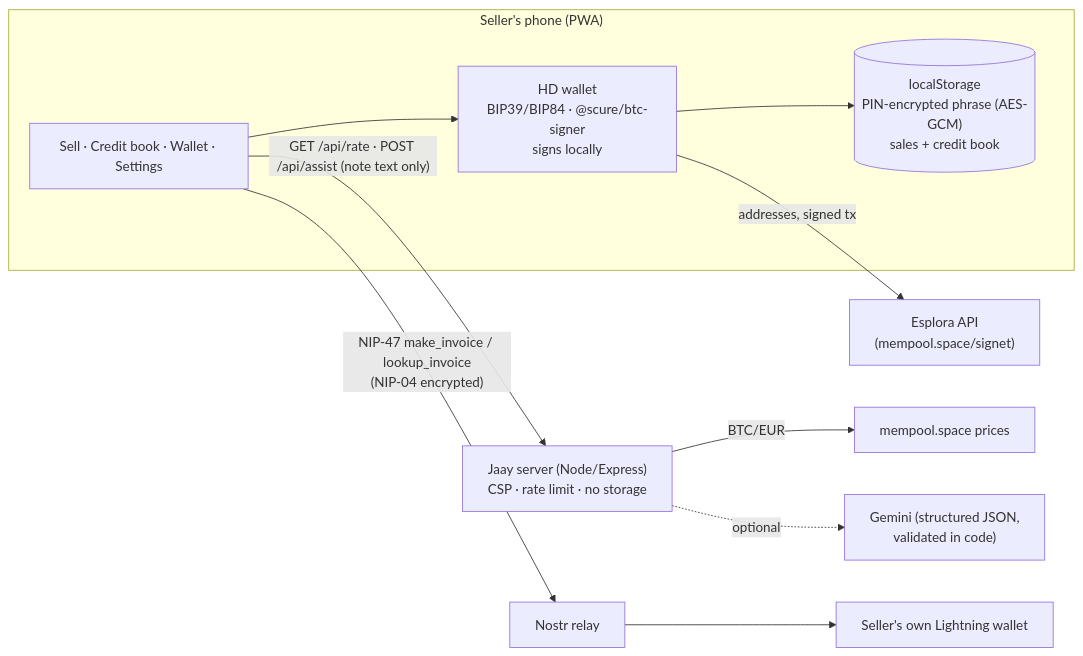
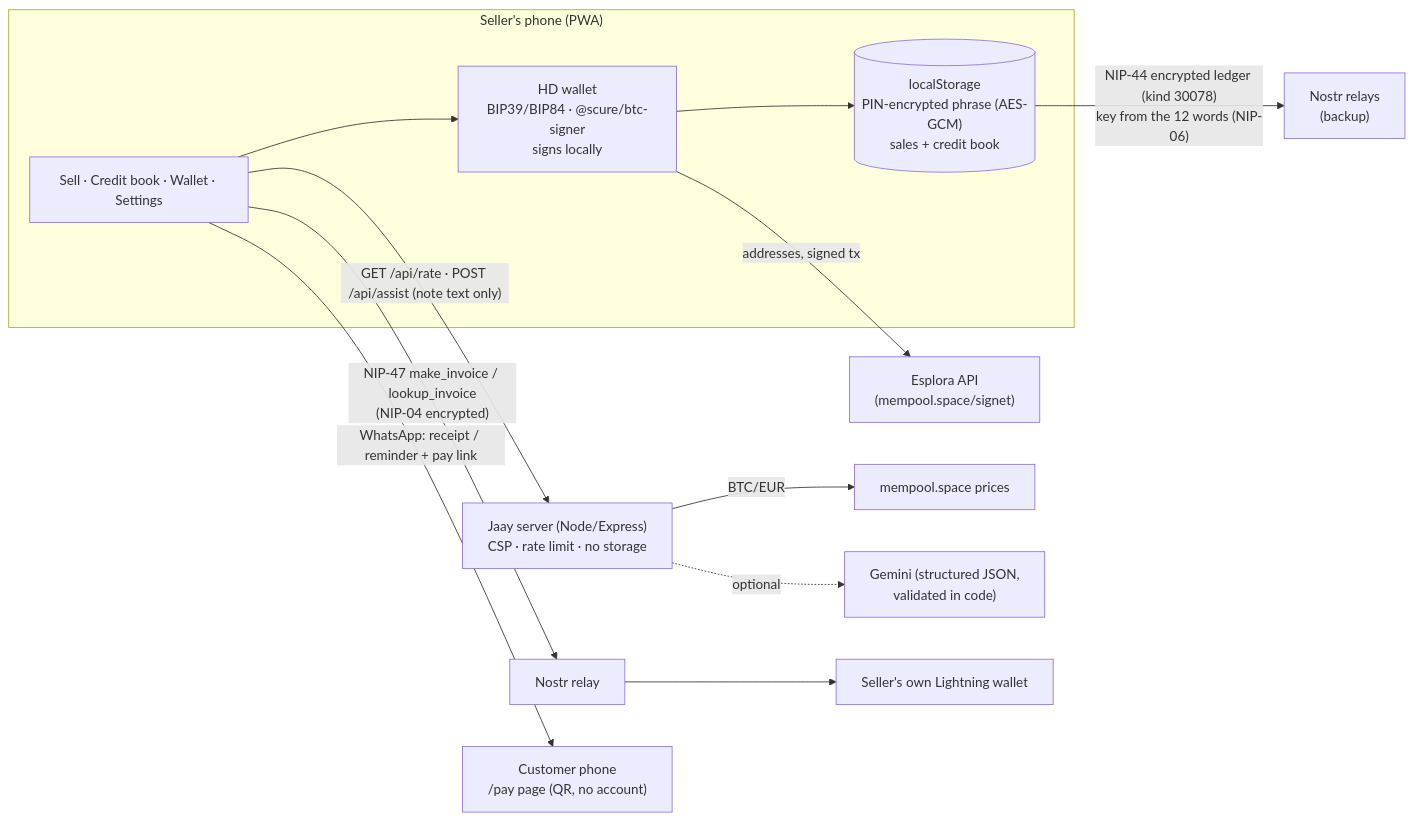
The diagram in README.md (sachinsivapragash/jaay), drawn with Mermaid before and after one commit. The commit also changed other lines of this file and 5 other files, not shown here.

Commit message:
Jaay: encrypted ledger backup over Nostr (NIP-06 key from the 12 words, NIP-44, kind 30078), auto-restore on wallet restore; README

````diff
--- a/README.md
+++ b/README.md
@@ -40,14 +45,16 @@
 ```mermaid
 flowchart LR
   subgraph Phone["Seller's phone (PWA)"]
     UI["Sell · Credit book · Wallet · Settings"]
     WAL["HD wallet<br/>BIP39/BIP84 · @scure/btc-signer<br/>signs locally"]
     VAULT[("localStorage<br/>PIN-encrypted phrase (AES-GCM)<br/>sales + credit book")]
     UI --> WAL --> VAULT
   end
   UI -- "GET /api/rate · POST /api/assist (note text only)" --> SRV["Jaay server (Node/Express)<br/>CSP · rate limit · no storage"]
   SRV -- "BTC/EUR" --> MP["mempool.space prices"]
   SRV -. "optional" .-> AI["Gemini (structured JSON,<br/>validated in code)"]
   WAL -- "addresses, signed tx" --> ESP["Esplora API<br/>(mempool.space/signet)"]
   UI -- "NIP-47 make_invoice / lookup_invoice<br/>(NIP-04 encrypted)" --> RELAY["Nostr relay"] --> LN["Seller's own Lightning wallet"]
+  VAULT -- "NIP-44 encrypted ledger (kind 30078)<br/>key from the 12 words (NIP-06)" --> BR["Nostr relays<br/>(backup)"]
+  UI -- "WhatsApp: receipt / reminder + pay link" --> CUST["Customer phone<br/>/pay page (QR, no account)"]
 ```
````
